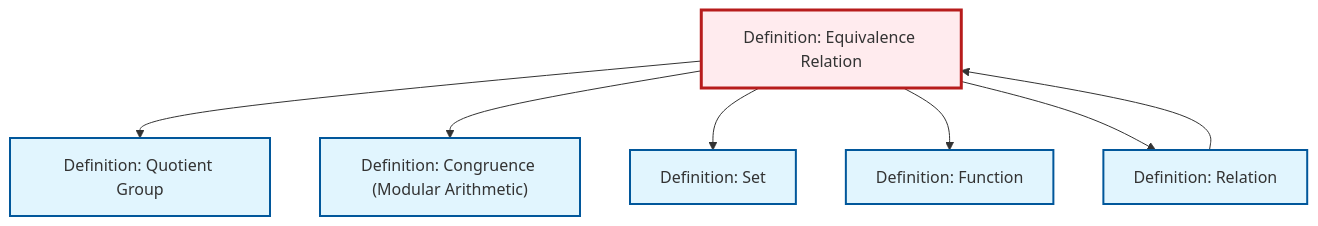
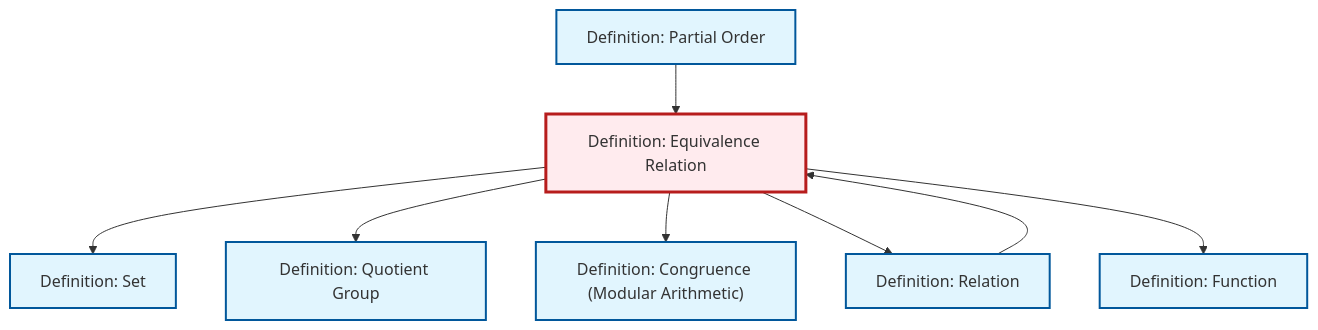
Before and after one commit to RK0429/ModernMath: the diagram in content/en/logic-set-theory/def-equivalence-relation.qmd, drawn with Mermaid. The commit also changed 581 other files, not shown here.

````diff
--- a/content/en/logic-set-theory/def-equivalence-relation.qmd
+++ b/content/en/logic-set-theory/def-equivalence-relation.qmd
@@ -115,27 +115,30 @@
 ```{mermaid}
 %%| fig-cap: "Local dependency graph"
 graph TD
     classDef definition fill:#e1f5fe,stroke:#01579b,stroke-width:2px
     classDef theorem fill:#f3e5f5,stroke:#4a148c,stroke-width:2px
     classDef axiom fill:#fff3e0,stroke:#e65100,stroke-width:2px
     classDef example fill:#e8f5e9,stroke:#1b5e20,stroke-width:2px
     classDef current fill:#ffebee,stroke:#b71c1c,stroke-width:3px
+    def-function["Definition: Function"]:::definition
+    def-equivalence-relation["Definition: Equivalence Relation"]:::definition
     def-quotient-group["Definition: Quotient Group"]:::definition
-    def-equivalence-relation["Definition: Equivalence Relation"]:::definition
-    def-set["Definition: Set"]:::definition
-    def-function["Definition: Function"]:::definition
+    def-partial-order["Definition: Partial Order"]:::definition
     def-congruence["Definition: Congruence (Modular Arithmetic)"]:::definition
     def-relation["Definition: Relation"]:::definition
-    def-relation --> def-equivalence-relation
+    def-set["Definition: Set"]:::definition
+    def-equivalence-relation --> def-set
     def-equivalence-relation --> def-quotient-group
     def-equivalence-relation --> def-congruence
-    def-equivalence-relation --> def-set
+    def-relation --> def-equivalence-relation
+    def-equivalence-relation --> def-relation
+    def-partial-order --> def-equivalence-relation
     def-equivalence-relation --> def-function
-    def-equivalence-relation --> def-relation
     class def-equivalence-relation current
+    click def-function "def-function.html" "Go to Function definition"
     click def-quotient-group "def-quotient-group.html" "Go to Quotient Group definition"
-    click def-set "def-set.html" "Go to Set definition"
-    click def-function "def-function.html" "Go to Function definition"
+    click def-partial-order "def-partial-order.html" "Go to Partial Order definition"
     click def-congruence "def-congruence.html" "Go to Congruence (Modular Arithmetic) definition"
     click def-relation "def-relation.html" "Go to Relation definition"
+    click def-set "def-set.html" "Go to Set definition"
 ```
````
